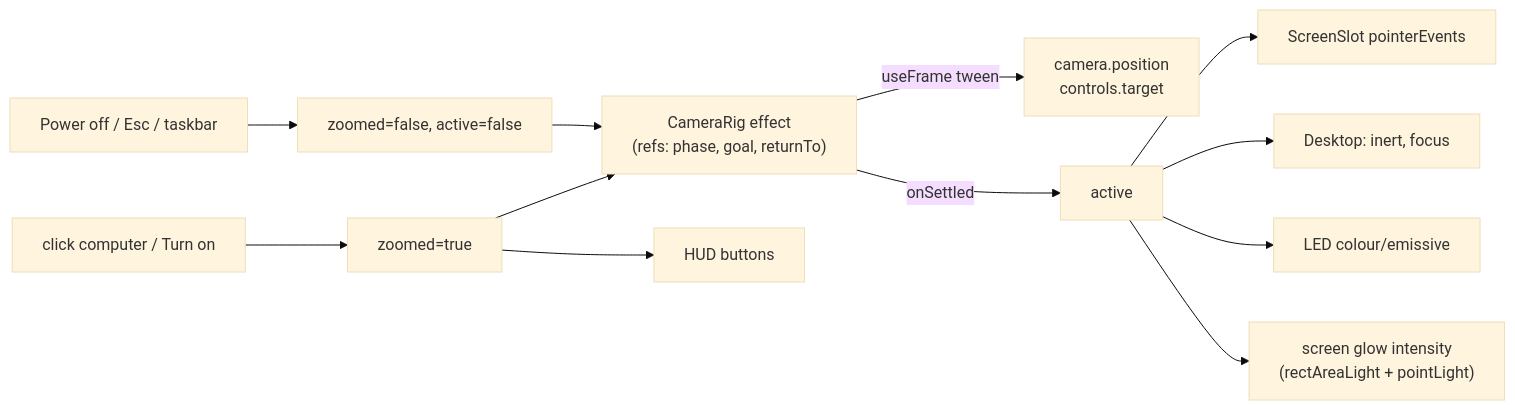
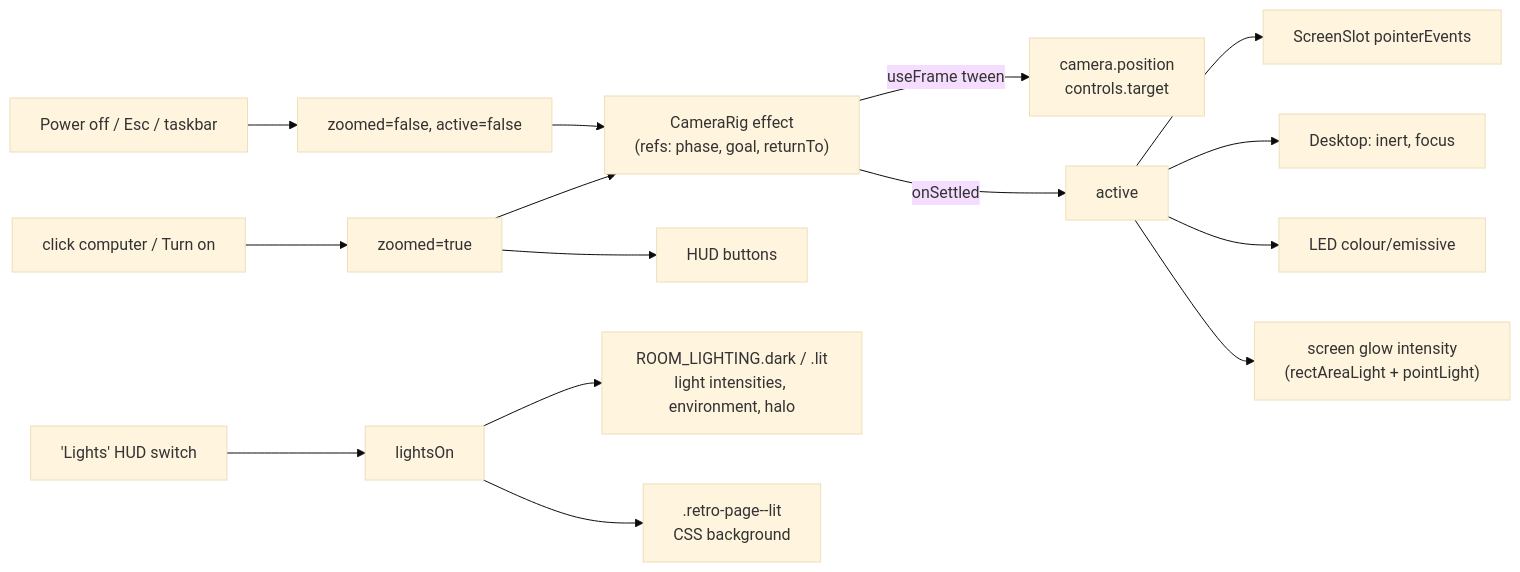
The third of 5 diagrams in docs/DATA_FLOW.md (LinhL1/linh-le-2), drawn with Mermaid (base theme) before and after one commit. The commit also changed 8 other files, not shown here.

````diff
--- a/docs/DATA_FLOW.md
+++ b/docs/DATA_FLOW.md
@@ -68,14 +68,17 @@
 ```mermaid
 graph LR
     Click["click computer / Turn on"] --> Z["zoomed=true"]
     Off["Power off / Esc / taskbar"] --> Z0["zoomed=false, active=false"]
     Z --> CR["CameraRig effect<br/>(refs: phase, goal, returnTo)"]
     Z0 --> CR
     CR -->|useFrame tween| CAM["camera.position<br/>controls.target"]
     CR -->|onSettled| A["active"]
     A --> SS["ScreenSlot pointerEvents"]
     A --> DT["Desktop: inert, focus"]
     A --> LED["LED colour/emissive"]
     A --> PL["screen glow intensity<br/>(rectAreaLight + pointLight)"]
     Z --> HUD["HUD buttons"]
+    SW["'Lights' HUD switch"] --> L["lightsOn"]
+    L --> RL["ROOM_LIGHTING.dark / .lit<br/>light intensities, environment, halo"]
+    L --> BG[".retro-page--lit<br/>CSS background"]
 ```
````
